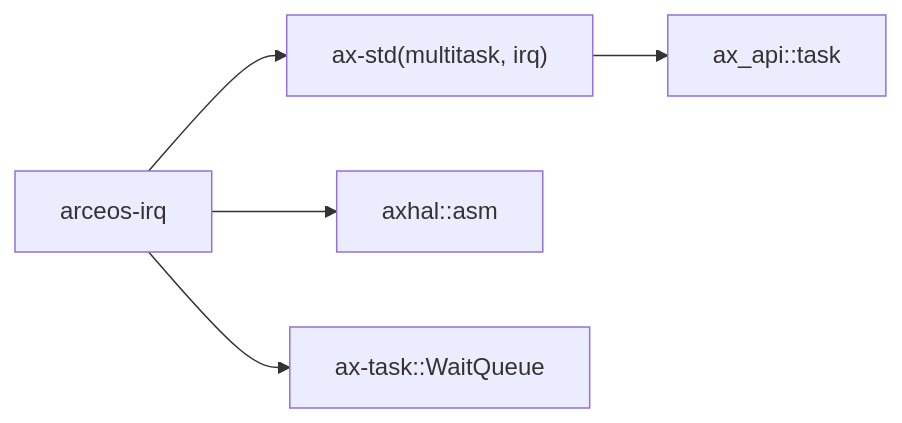
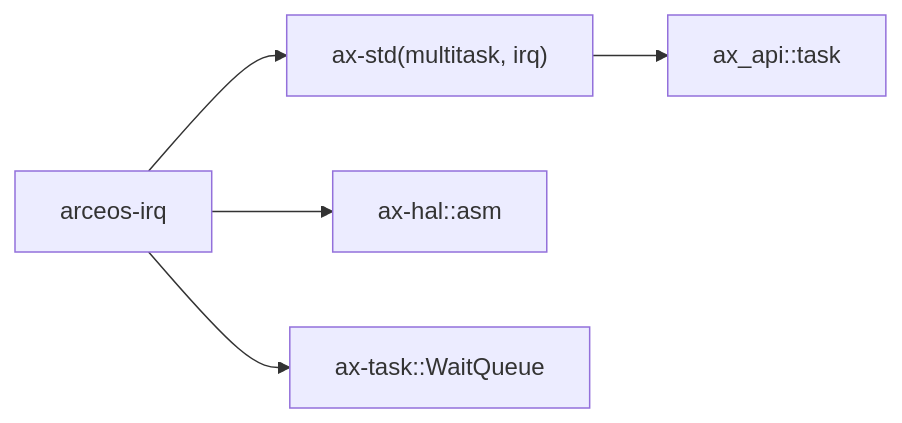
Before and after one commit to zKurisu/tgoskits: the second of 2 diagrams in docs/crates/arceos-irq.md, drawn with Mermaid. The commit also changed other lines of this file and 158 other files, not shown here.

Commit message:
rename axhal to ax-hal

````diff
--- a/docs/crates/arceos-irq.md
+++ b/docs/crates/arceos-irq.md
@@ -88,7 +88,7 @@
 ```mermaid
 graph LR
     test["arceos-irq"] --> ax-std["ax-std(multitask, irq)"]
-    test --> axhal["axhal::asm"]
+    test --> ax-hal["ax-hal::asm"]
     test --> ax-task["ax-task::WaitQueue"]
     ax-std --> ax-api["ax_api::task"]
 ```
````
